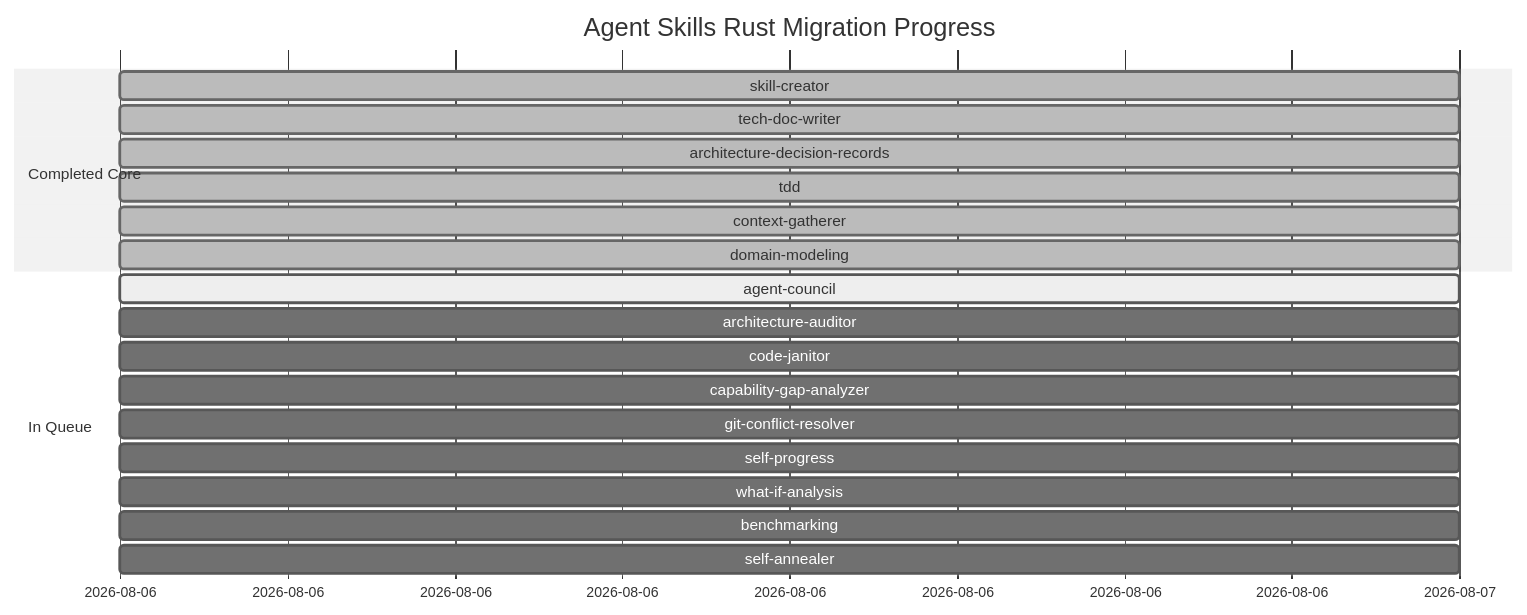
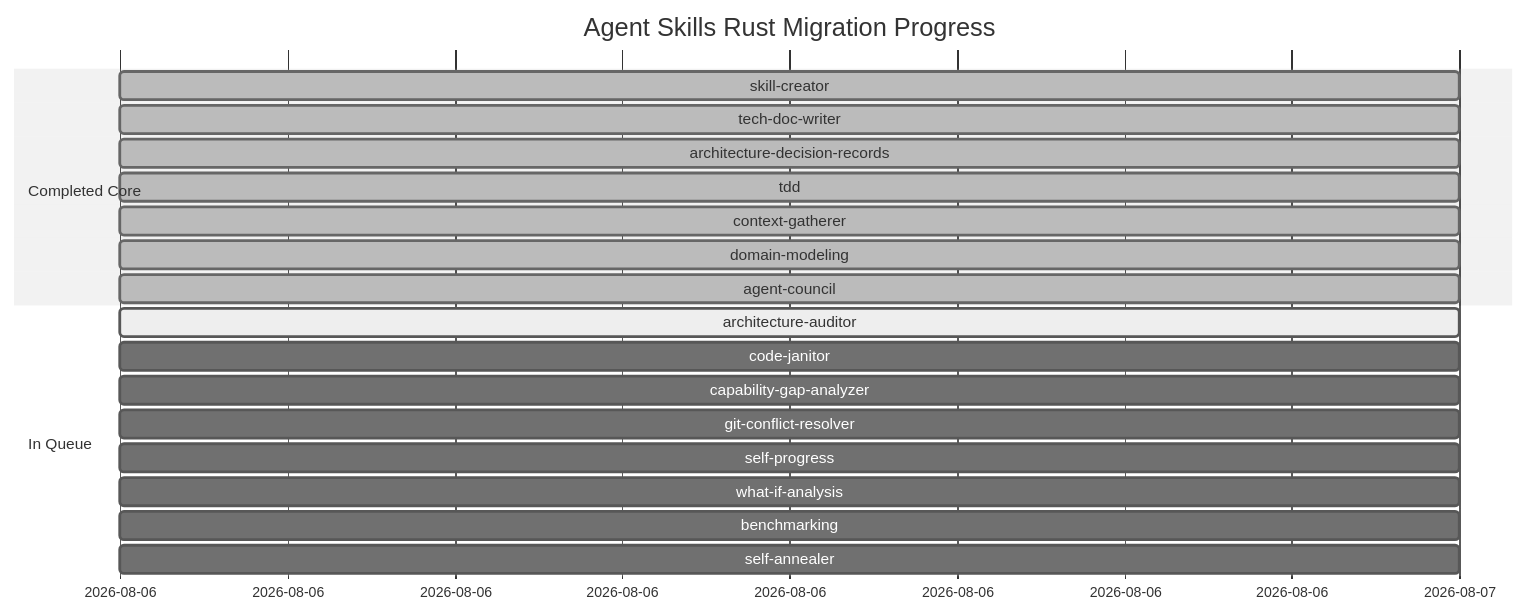
Before and after one commit to louis-pvs/agent-skills: the diagram in docs/migration_progress.md, drawn with Mermaid (neutral theme). The commit also changed other lines of this file and 10 other files, not shown here.

Commit message:
feat(agent-council): migrate skill automation to Rust CLI and enforce TDD protocol

````diff
--- a/docs/migration_progress.md
+++ b/docs/migration_progress.md
@@ -26,22 +26,22 @@
 ```mermaid
 gantt
     title Agent Skills Rust Migration Progress
     dateFormat  YYYY-MM-DD
     section Completed Core
     skill-creator                  :done, 2026-08-06, 1d
     tech-doc-writer                :done, 2026-08-06, 1d
     architecture-decision-records  :done, 2026-08-06, 1d
     tdd                            :done, 2026-08-06, 1d
     context-gatherer               :done, 2026-08-06, 1d
     domain-modeling                :done, 2026-08-06, 1d
+    agent-council                  :done, 2026-08-06, 1d
     section In Queue
-    agent-council                  :active, 2026-08-06, 1d
-    architecture-auditor           :2026-08-06, 1d
+    architecture-auditor           :active, 2026-08-06, 1d
     code-janitor                   :2026-08-06, 1d
     capability-gap-analyzer        :2026-08-06, 1d
     git-conflict-resolver         :2026-08-06, 1d
     self-progress                  :2026-08-06, 1d
     what-if-analysis               :2026-08-06, 1d
     benchmarking                   :2026-08-06, 1d
     self-annealer                  :2026-08-06, 1d
 ```
````
